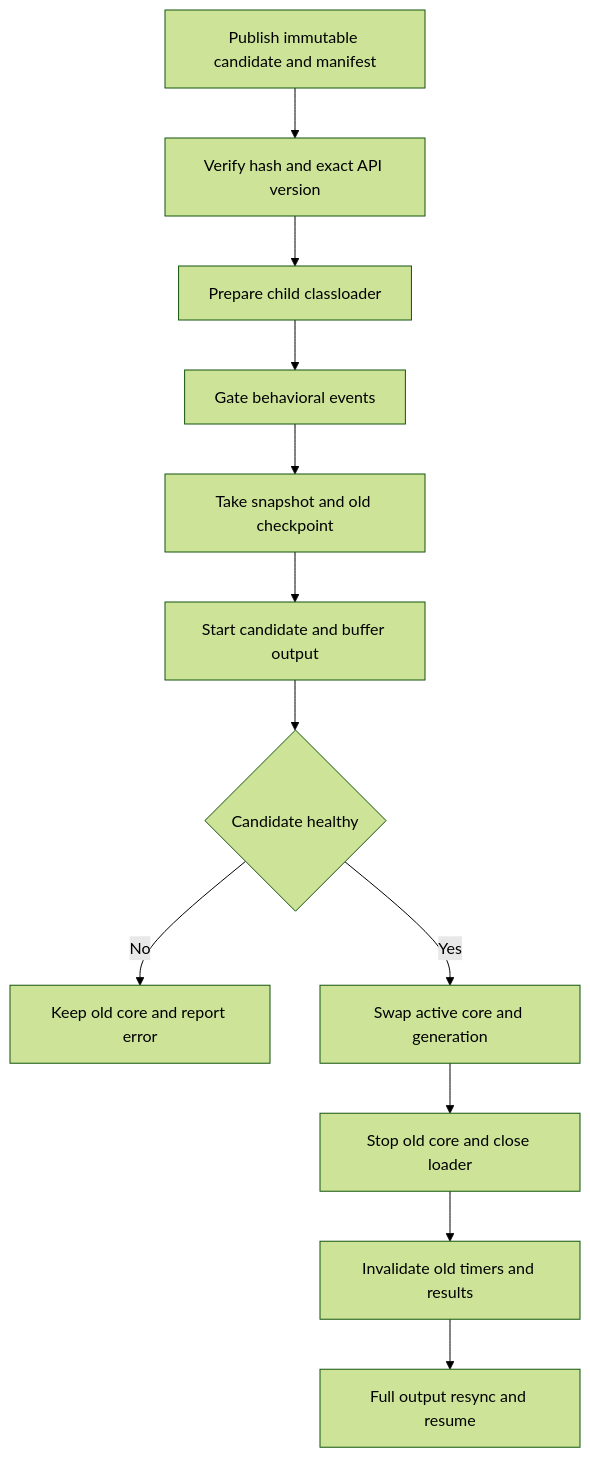
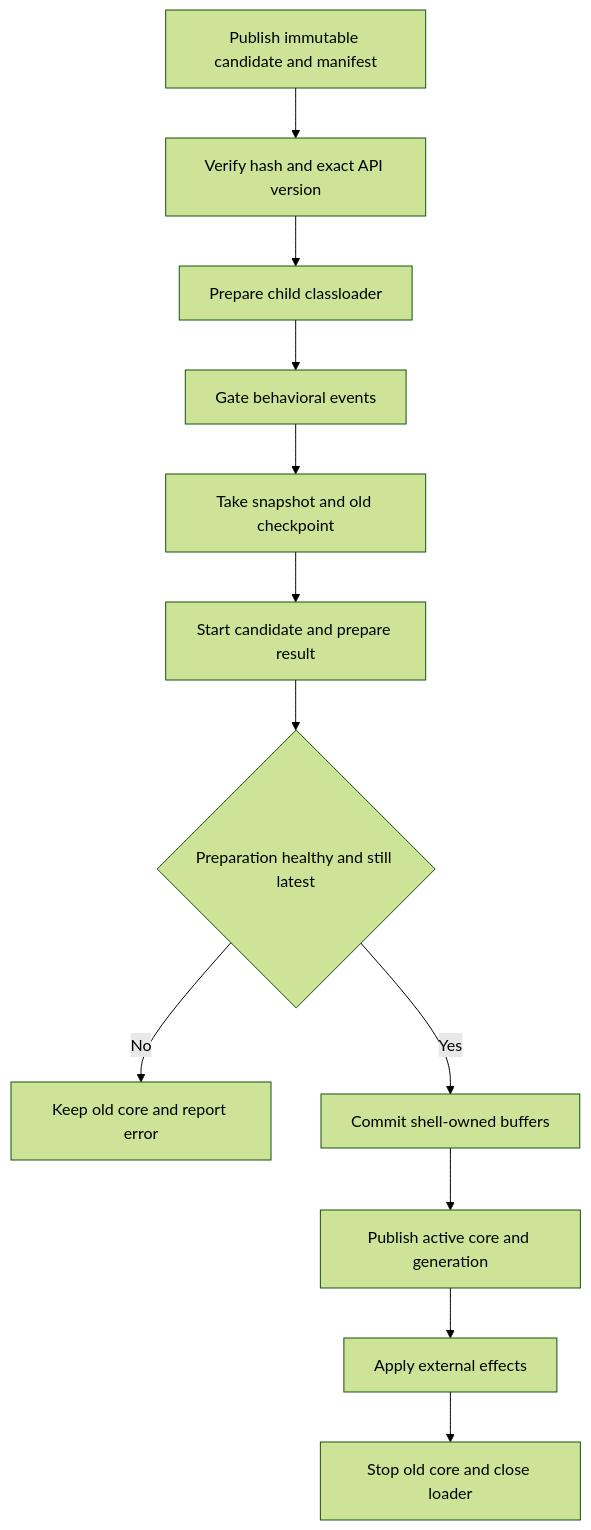
The second of 2 diagrams in docs/reloadable-controller-core-design.md (elliotjberman/Pull), drawn with Mermaid (forest theme) before and after one commit. The commit also changed other lines of this file and 46 other files, not shown here.

````diff
--- a/docs/reloadable-controller-core-design.md
+++ b/docs/reloadable-controller-core-design.md
@@ -256,27 +318,27 @@
 ```mermaid
 flowchart TD
     A[Publish immutable candidate and manifest]
     B[Verify hash and exact API version]
     C[Prepare child classloader]
     D[Gate behavioral events]
     E[Take snapshot and old checkpoint]
-    F[Start candidate and buffer output]
-    G{Candidate healthy}
+    F[Start candidate and prepare result]
+    G{Preparation healthy and still latest}
     H[Keep old core and report error]
-    I[Swap active core and generation]
-    J[Stop old core and close loader]
-    K[Invalidate old timers and results]
-    L[Full output resync and resume]
+    I[Commit shell-owned buffers]
+    J[Publish active core and generation]
+    K[Apply external effects]
+    L[Stop old core and close loader]
 
     A --> B
     B --> C
     C --> D
     D --> E
     E --> F
     F --> G
     G -- No --> H
     G -- Yes --> I
     I --> J
     J --> K
     K --> L
 ```
````
